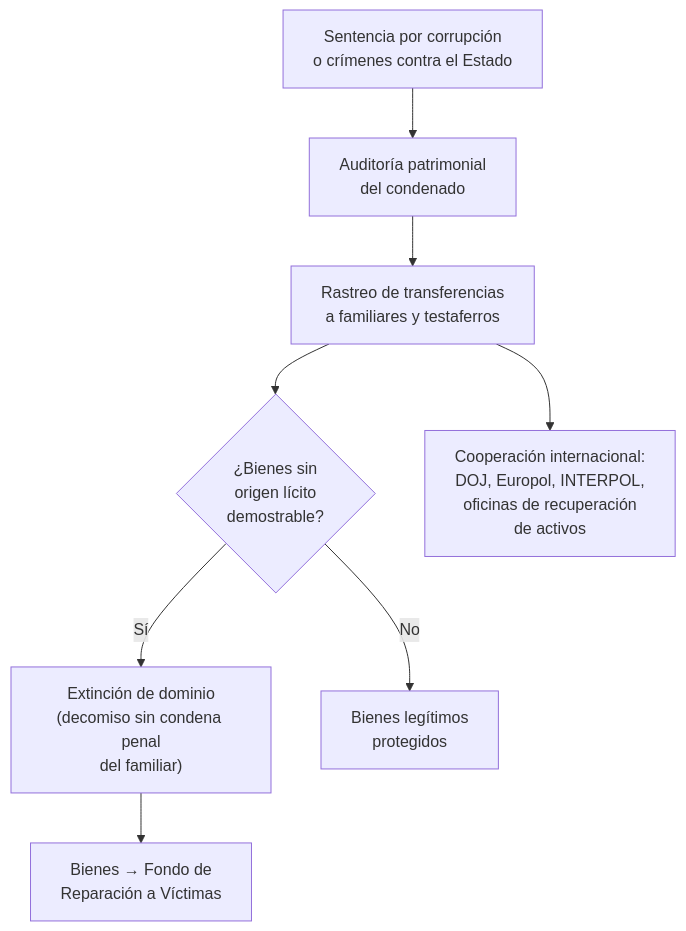
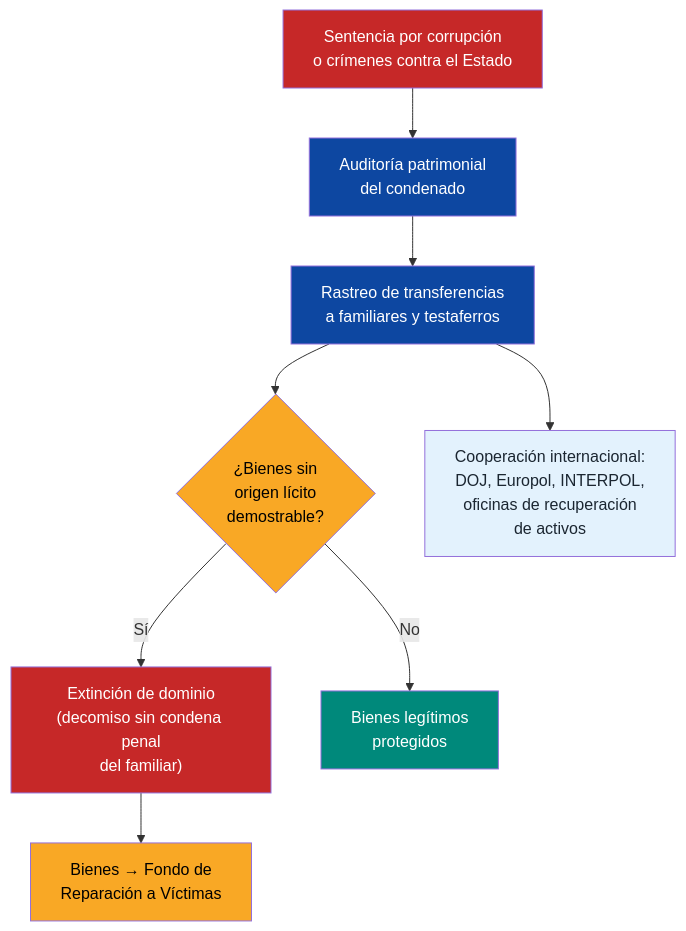
One commit to Venezuela-S-A/venezuela-sa changed the first of 3 diagrams in docs/04-gobernanza/justicia-transicional.md. Above: the diagram before and after it, drawn with Mermaid. The commit also changed other lines of this file and 127 other files, not shown here.

````diff
--- a/docs/04-gobernanza/justicia-transicional.md
+++ b/docs/04-gobernanza/justicia-transicional.md
@@ -113,11 +113,20 @@
 ```mermaid
 flowchart TD
     A["Sentencia por corrupción<br/>o crímenes contra el Estado"] --> B["Auditoría patrimonial<br/>del condenado"]
     B --> C["Rastreo de transferencias<br/>a familiares y testaferros"]
     C --> D{"¿Bienes sin<br/>origen lícito<br/>demostrable?"}
     D -->|Sí| E["Extinción de dominio<br/>(decomiso sin condena penal<br/>del familiar)"]
     D -->|No| F["Bienes legítimos<br/>protegidos"]
     E --> G["Bienes → Fondo de<br/>Reparación a Víctimas"]
 
     C --> H["Cooperación internacional:<br/>DOJ, Europol, INTERPOL,<br/>oficinas de recuperación<br/>de activos"]
+
+    style A fill:#C62828,color:#fff
+    style B fill:#0D47A1,color:#fff
+    style C fill:#0D47A1,color:#fff
+    style D fill:#F9A825,color:#000
+    style E fill:#C62828,color:#fff
+    style F fill:#00897B,color:#fff
+    style G fill:#F9A825,color:#000
+    style H fill:#E3F2FD,color:#1B2631
 ```
````
